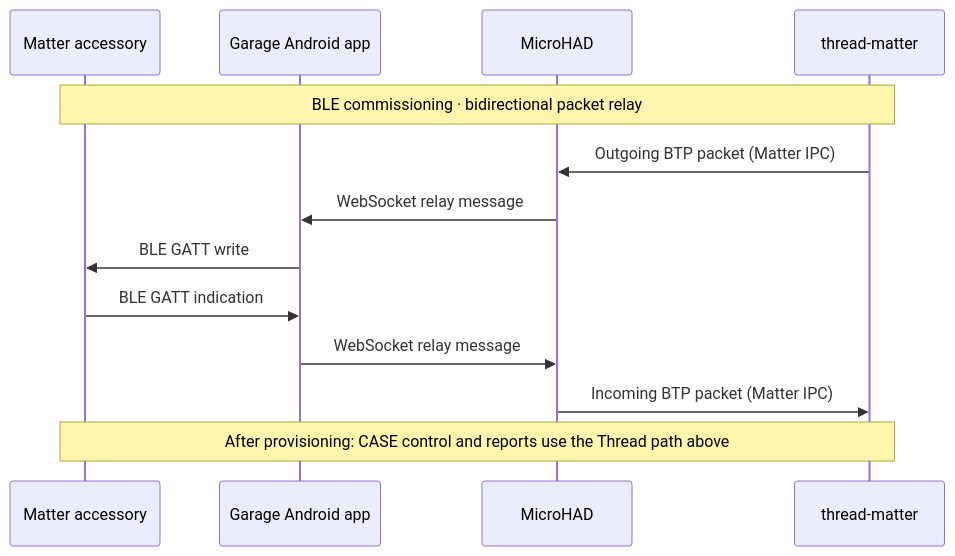
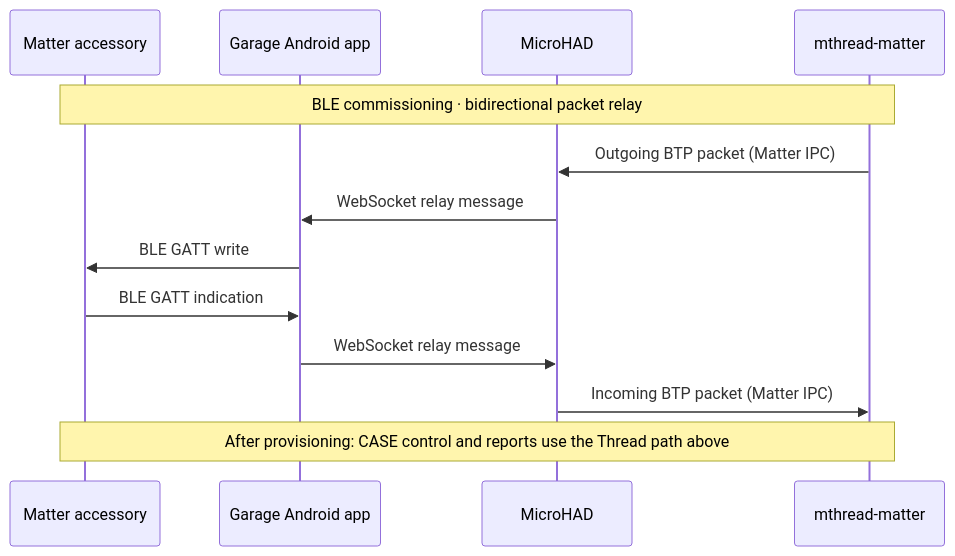
Before and after one commit to ChristophKaser/microhad: the second of 2 diagrams in readme.md, drawn with Mermaid. The commit also changed other lines of this file and 147 other files, not shown here.

Commit message:
Migrate Matter IPC to bounded CBOR v2 and rename service to mthread-matter

````diff
--- a/readme.md
+++ b/readme.md
@@ -90,15 +90,15 @@
 ```mermaid
 sequenceDiagram
     participant accessory as Matter accessory
     participant phone as Garage Android app
     participant native as MicroHAD
-    participant matter as thread-matter
+    participant matter as mthread-matter
     Note over accessory,matter: BLE commissioning · bidirectional packet relay
     matter->>native: Outgoing BTP packet (Matter IPC)
     native->>phone: WebSocket relay message
     phone->>accessory: BLE GATT write
     accessory->>phone: BLE GATT indication
     phone->>native: WebSocket relay message
     native->>matter: Incoming BTP packet (Matter IPC)
     Note over accessory,matter: After provisioning: CASE control and reports use the Thread path above
 ```
````
